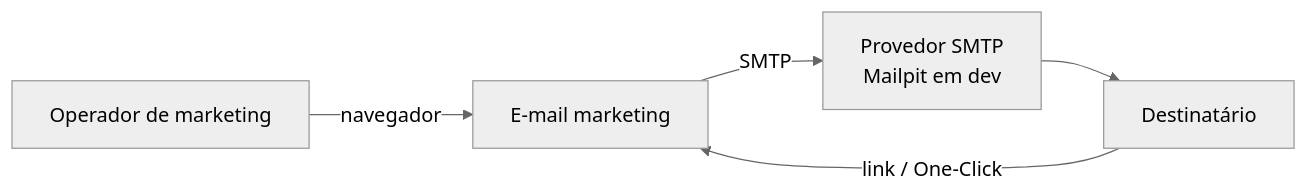
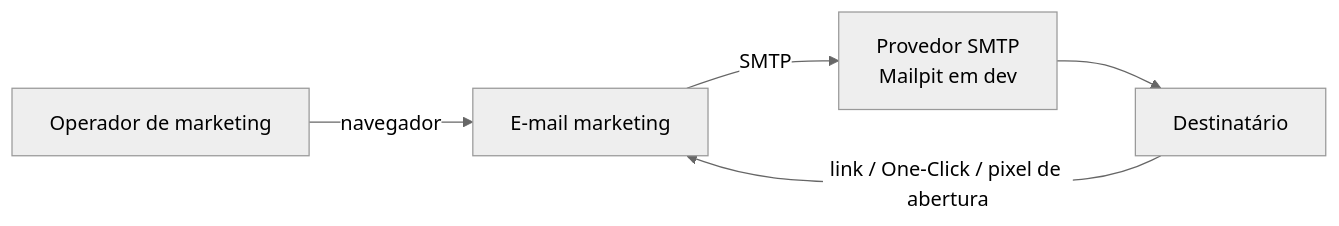
Before and after one commit to laerciogermano/workstation: the first of 2 diagrams in conectmax/connectmax/email-marketing/docs/arquitetura.md, drawn with Mermaid (neutral theme). The commit also changed other lines of this file and 299 other files, not shown here.

````diff
--- a/conectmax/connectmax/email-marketing/docs/arquitetura.md
+++ b/conectmax/connectmax/email-marketing/docs/arquitetura.md
@@ -13,7 +13,7 @@
 ```mermaid
 flowchart LR
   op[Operador de marketing] -->|navegador| sys[E-mail marketing]
   sys -->|SMTP| smtp[Provedor SMTP<br/>Mailpit em dev]
   smtp --> dest[Destinatário]
-  dest -->|link / One-Click| sys
+  dest -->|link / One-Click / pixel de abertura| sys
 ```
````
